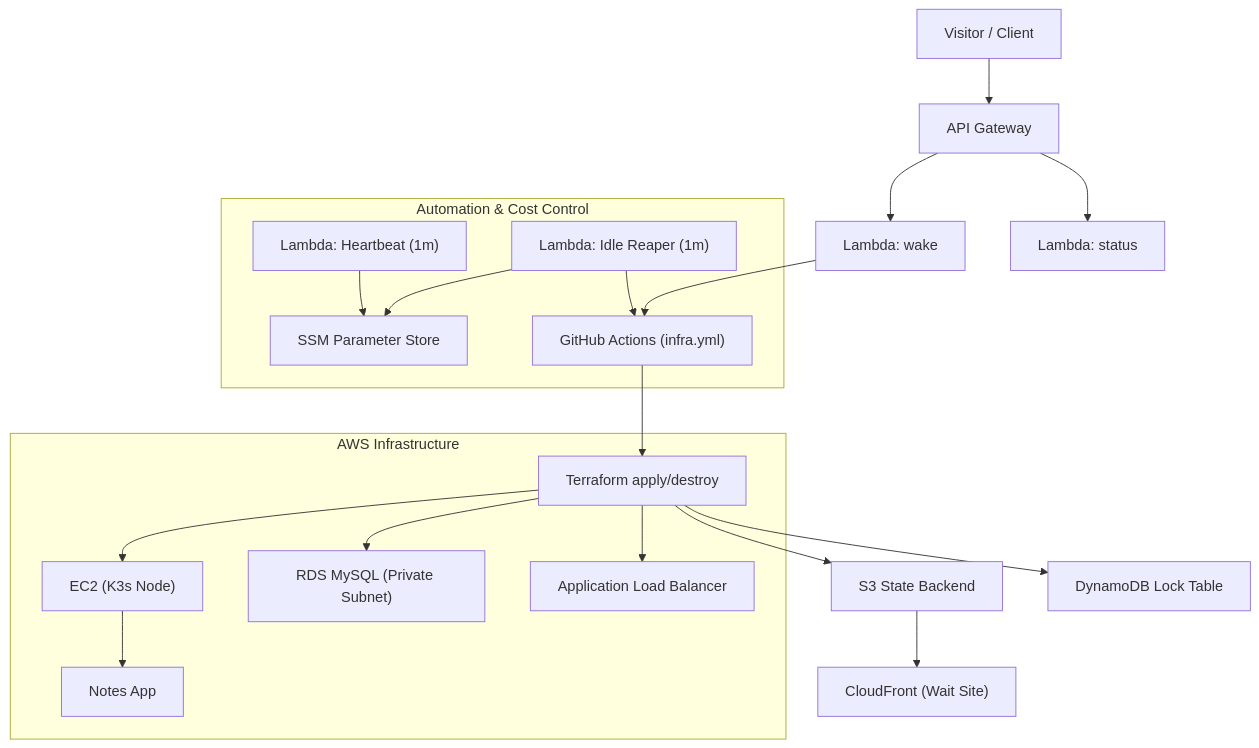
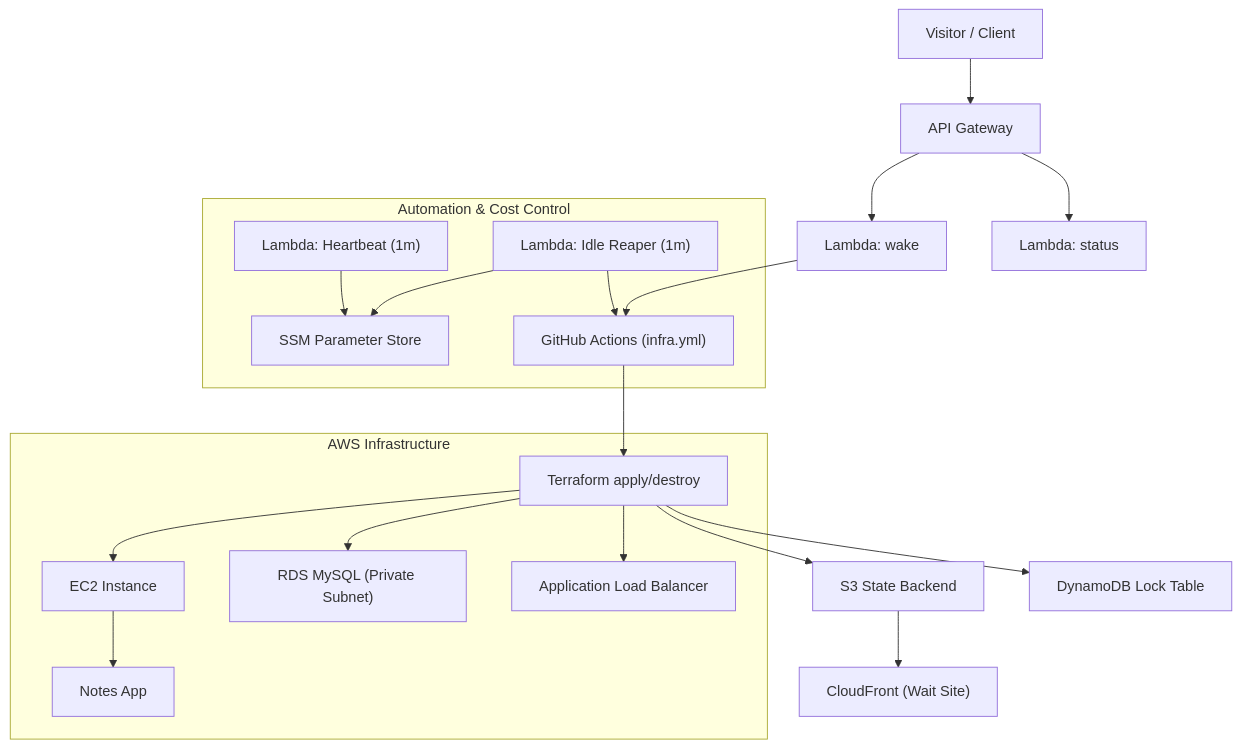
The diagram in README.md (rusets/aws-multi-tier-infra), drawn with Mermaid before and after one commit. The commit also changed other lines of this file, not shown here.

Commit message:
docs: fix Mermaid diagram rendering on GitHub

````diff
--- a/README.md
+++ b/README.md
@@ -12,27 +12,27 @@
 ```mermaid
 flowchart TD
   U["Visitor / Client"] --> GW["API Gateway"]
   GW --> W["Lambda: wake"]
   GW --> S["Lambda: status"]
   W  --> GH["GitHub Actions (infra.yml)"]
   GH --> TF["Terraform apply/destroy"]
 
   subgraph AWS["AWS Infrastructure"]
-    TF --> EC2["EC2 (K3s Node)"]
+    TF --> EC2["EC2 Instance"]
     TF --> DB["RDS MySQL (Private Subnet)"]
     TF --> ALB["Application Load Balancer"]
     EC2 --> APP["Notes App"]
   end
 
   subgraph AUTO["Automation & Cost Control"]
     HB["Lambda: Heartbeat (1m)"]
     IR["Lambda: Idle Reaper (1m)"]
     HB --> SSM["SSM Parameter Store"]
     IR --> SSM
     IR --> GH
   end
 
   TF --> S3["S3 State Backend"]
   TF --> DDB["DynamoDB Lock Table"]
   S3 --> CF["CloudFront (Wait Site)"]
 ```
````
